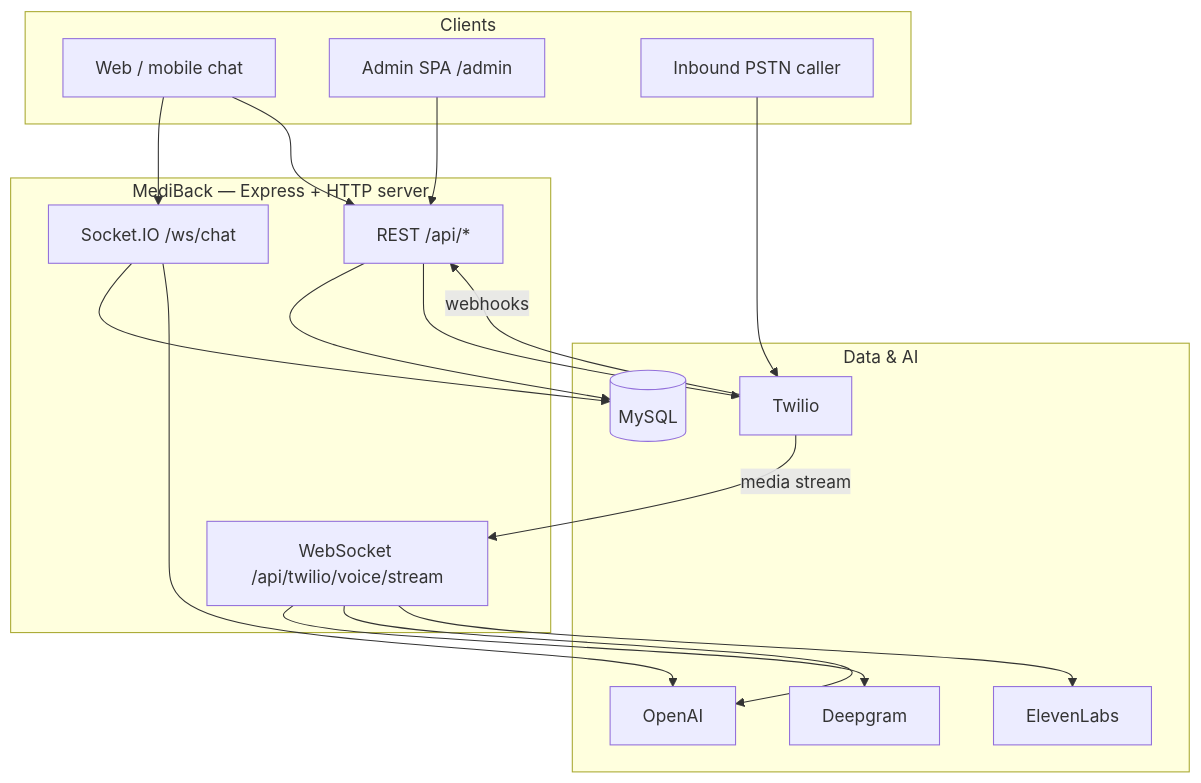
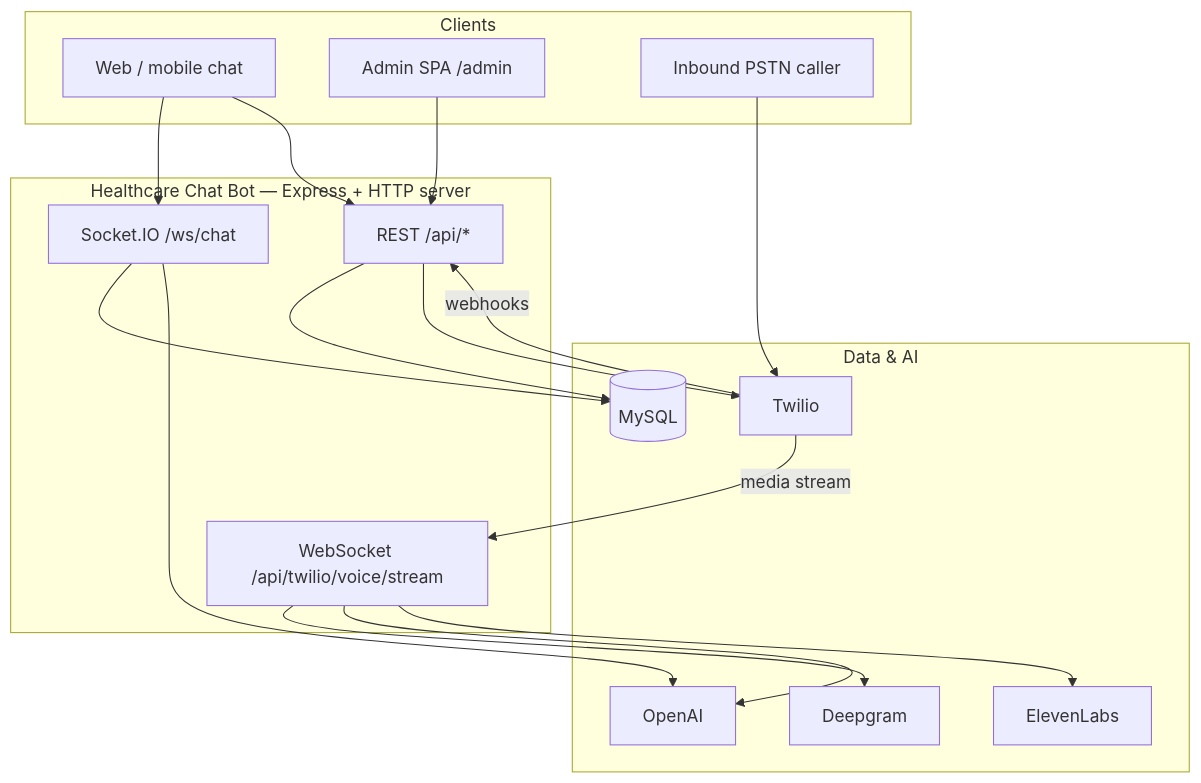
One commit to ying0121/medback changed the diagram in README.md. Above: the diagram before and after it, drawn with Mermaid. The commit also changed other lines of this file and 21 other files, not shown here.

````diff
--- a/README.md
+++ b/README.md
@@ -18,37 +18,37 @@
 ```mermaid
 flowchart TB
   subgraph clients [Clients]
     WebChat[Web / mobile chat]
     Admin[Admin SPA /admin]
     Phone[Inbound PSTN caller]
   end
 
-  subgraph mediback [MediBack — Express + HTTP server]
+  subgraph Healthcare Chat Bot  [Healthcare Chat Bot  — Express + HTTP server]
   API[REST /api/*]
   SIO[Socket.IO /ws/chat]
   WS[WebSocket /api/twilio/voice/stream]
   end
 
   subgraph data [Data & AI]
   MySQL[(MySQL)]
   OpenAI[OpenAI]
   DG[Deepgram]
   EL[ElevenLabs]
   Twilio[Twilio]
   end
 
   WebChat --> SIO
   WebChat --> API
   Admin --> API
   Phone --> Twilio
   Twilio -->|webhooks| API
   Twilio -->|media stream| WS
 
   API --> MySQL
   SIO --> MySQL
   SIO --> OpenAI
   WS --> DG
   WS --> OpenAI
   WS --> EL
   API --> Twilio
 ```
````
